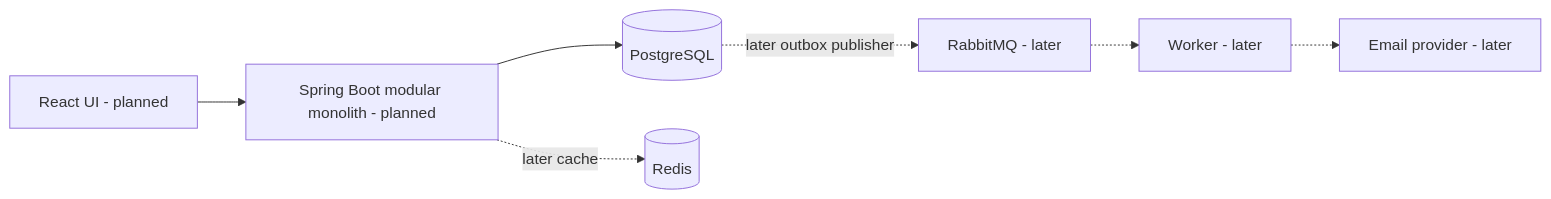
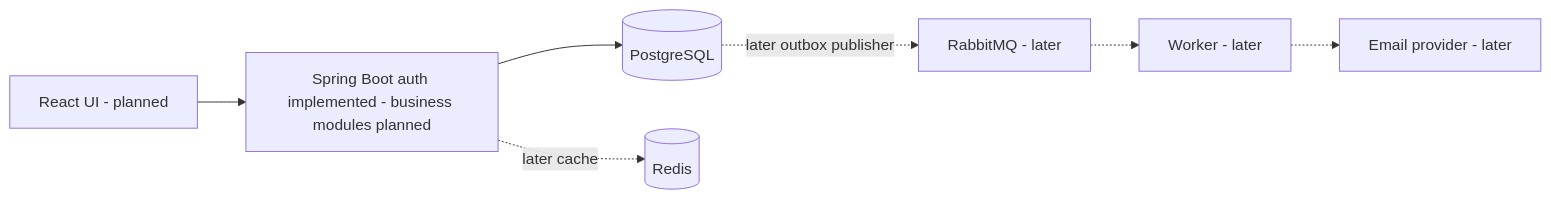
The diagram in README.md (sagarbagwe/gateflow), drawn with Mermaid before and after one commit. The commit also changed other lines of this file and 49 other files, not shown here.

````diff
--- a/README.md
+++ b/README.md
@@ -38,9 +39,9 @@
 ```mermaid
 flowchart LR
-    Browser[React UI - planned] --> API[Spring Boot modular monolith - planned]
+    Browser[React UI - planned] --> API[Spring Boot auth implemented - business modules planned]
     API --> DB[(PostgreSQL)]
     API -. later cache .-> Redis[(Redis)]
     DB -. later outbox publisher .-> Queue[RabbitMQ - later]
     Queue -.-> Worker[Worker - later]
     Worker -.-> Mail[Email provider - later]
 ```
````
